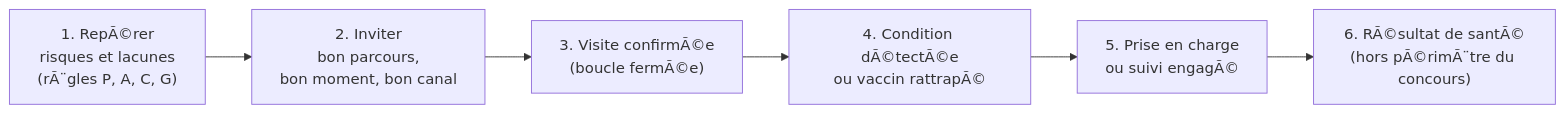
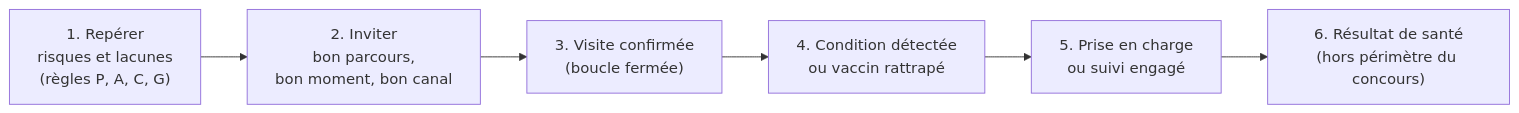
Before and after one commit to orace229/medibenin: the first of 2 diagrams in MediBenin_Addendum_v8_Alignement_Criteres.md, drawn with Mermaid. The commit also changed other lines of this file and 25 other files, not shown here.

````diff
--- a/MediBenin_Addendum_v8_Alignement_Criteres.md
+++ b/MediBenin_Addendum_v8_Alignement_Criteres.md
@@ -69,8 +69,8 @@
 ```mermaid
 flowchart LR
-    A["1. RepÃ©rer<br/>risques et lacunes<br/>(rÃ¨gles P, A, C, G)"] --> B["2. Inviter<br/>bon parcours,<br/>bon moment, bon canal"]
-    B --> C["3. Visite confirmÃ©e<br/>(boucle fermÃ©e)"]
-    C --> D["4. Condition dÃ©tectÃ©e<br/>ou vaccin rattrapÃ©"]
-    D --> E["5. Prise en charge<br/>ou suivi engagÃ©"]
-    E --> F["6. RÃ©sultat de santÃ©<br/>(hors pÃ©rimÃ¨tre du concours)"]
+    A["1. Repérer<br/>risques et lacunes<br/>(règles P, A, C, G)"] --> B["2. Inviter<br/>bon parcours,<br/>bon moment, bon canal"]
+    B --> C["3. Visite confirmée<br/>(boucle fermée)"]
+    C --> D["4. Condition détectée<br/>ou vaccin rattrapé"]
+    D --> E["5. Prise en charge<br/>ou suivi engagé"]
+    E --> F["6. Résultat de santé<br/>(hors périmètre du concours)"]
 ```
````
